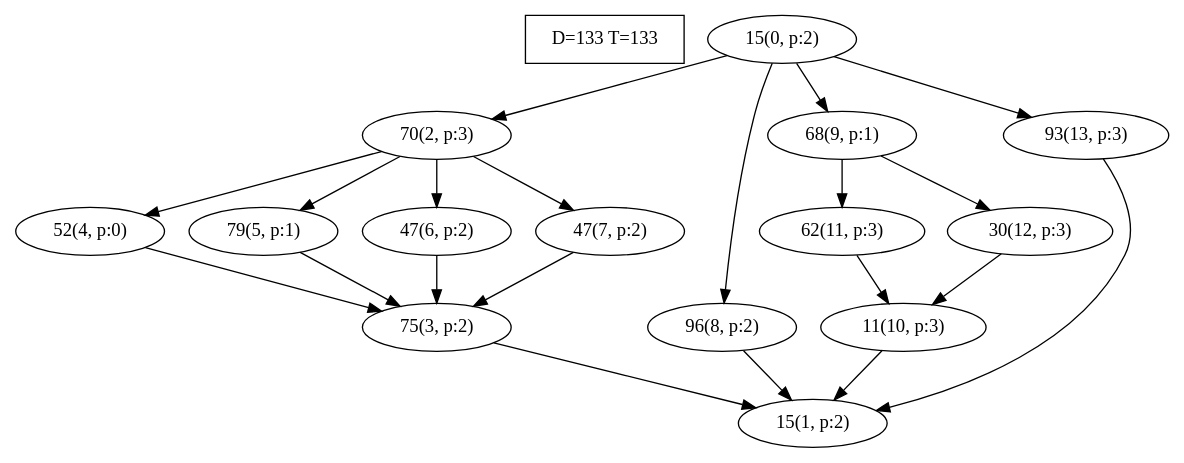
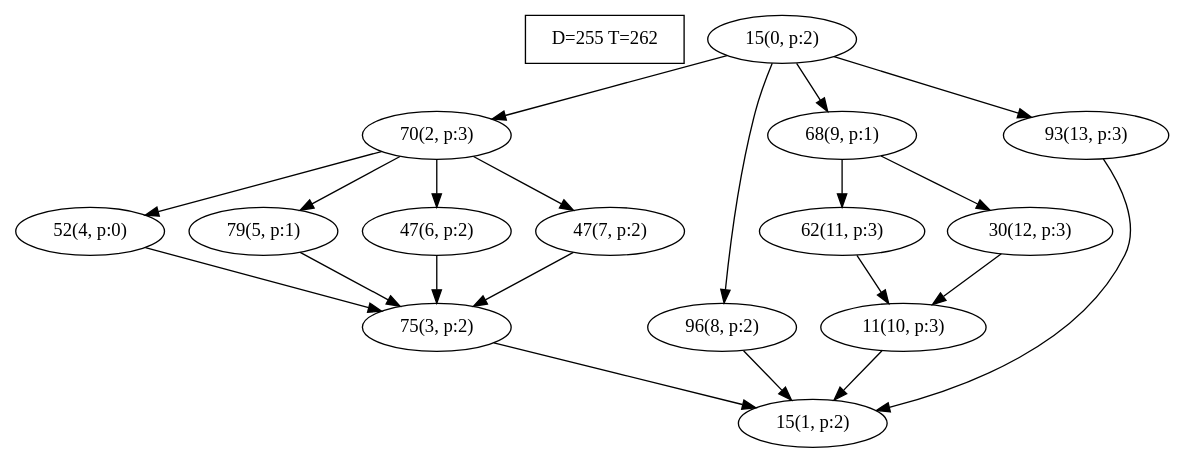
One commit to gzqx/global-dag-randomization changed the diagram in res/generated_dags/taskset_55/task_0.dot. Above: the diagram before and after it, drawn with Graphviz. The commit also changed 119 other files, not shown here.

```diff
--- a/res/generated_dags/taskset_55/task_0.dot
+++ b/res/generated_dags/taskset_55/task_0.dot
@@ -1,37 +1,37 @@
 digraph Task {
-i [shape=box, label="D=133 T=133"]; 
+i [shape=box, label="D=255 T=262"]; 
 0 [label="15(0, p:2)"];
 1 [label="15(1, p:2)"];
 2 [label="70(2, p:3)"];
 3 [label="75(3, p:2)"];
 4 [label="52(4, p:0)"];
 5 [label="79(5, p:1)"];
 6 [label="47(6, p:2)"];
 7 [label="47(7, p:2)"];
 8 [label="96(8, p:2)"];
 9 [label="68(9, p:1)"];
 10 [label="11(10, p:3)"];
 11 [label="62(11, p:3)"];
 12 [label="30(12, p:3)"];
 13 [label="93(13, p:3)"];
 0 -> 2;
 0 -> 8;
 0 -> 9;
 0 -> 13;
 2 -> 4;
 2 -> 5;
 2 -> 6;
 2 -> 7;
 3 -> 1;
 4 -> 3;
 5 -> 3;
 6 -> 3;
 7 -> 3;
 8 -> 1;
 9 -> 11;
 9 -> 12;
 10 -> 1;
 11 -> 10;
 12 -> 10;
 13 -> 1;
 }
```
